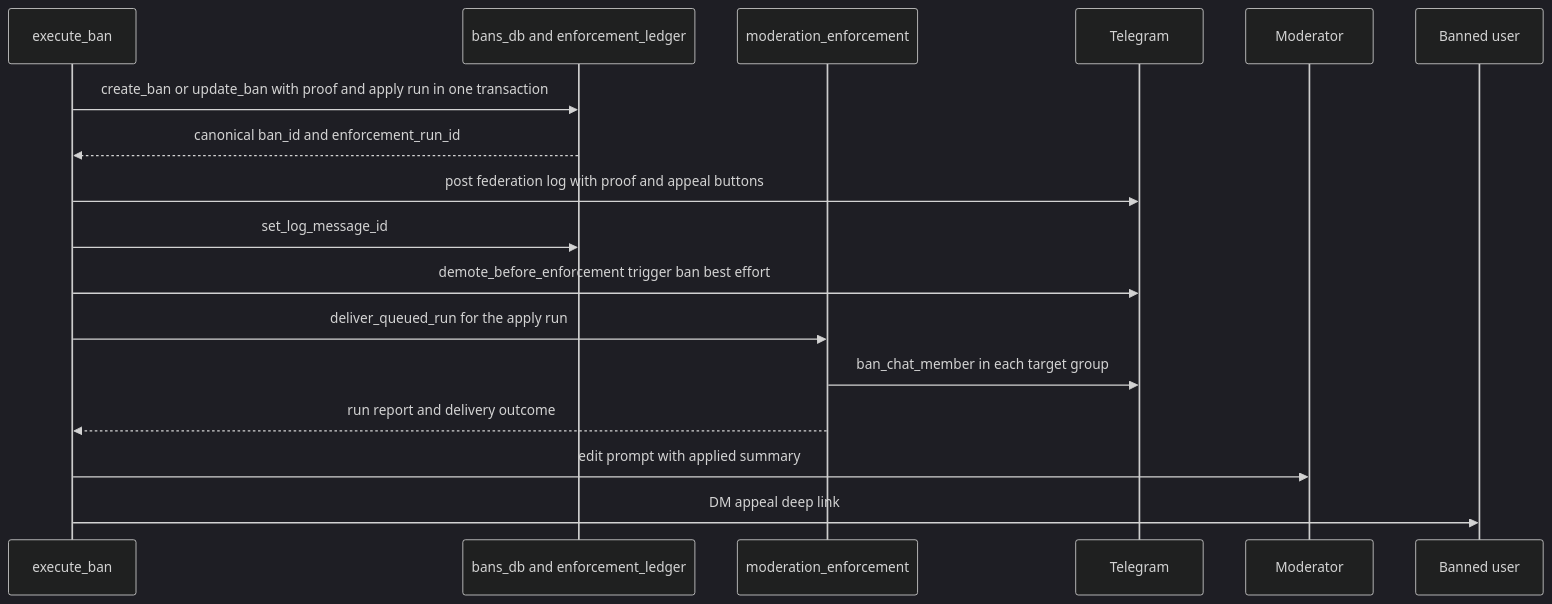
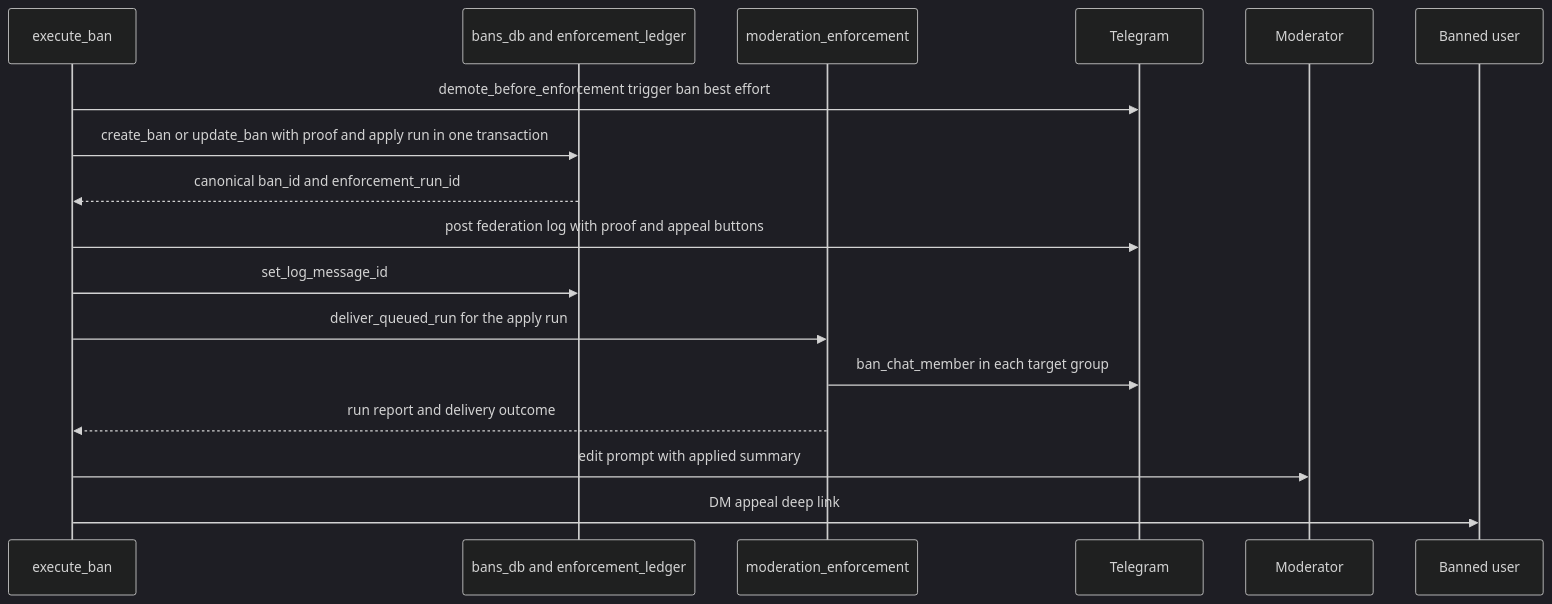
One commit to D1ZZY4/tcbot changed the fifth of 6 diagrams in docs/flows/banning.md. Above: the diagram before and after it, drawn with Mermaid (dark theme). The commit also changed other lines of this file and 14 other files, not shown here.

````diff
--- a/docs/flows/banning.md
+++ b/docs/flows/banning.md
@@ -179,19 +181,19 @@
 ```mermaid
 sequenceDiagram
     participant Flow as execute_ban
     participant DB as bans_db and enforcement_ledger
     participant Work as moderation_enforcement
     participant Bot as Telegram
     participant Mod as Moderator
     participant Target as Banned user
+    Flow->>Bot: demote_before_enforcement trigger ban best effort
     Flow->>DB: create_ban or update_ban with proof and apply run in one transaction
     DB-->>Flow: canonical ban_id and enforcement_run_id
     Flow->>Bot: post federation log with proof and appeal buttons
     Flow->>DB: set_log_message_id
-    Flow->>Bot: demote_before_enforcement trigger ban best effort
     Flow->>Work: deliver_queued_run for the apply run
     Work->>Bot: ban_chat_member in each target group
     Work-->>Flow: run report and delivery outcome
     Flow->>Mod: edit prompt with applied summary
     Flow->>Target: DM appeal deep link
 ```
````
